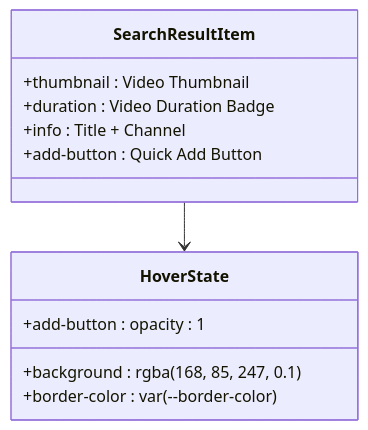
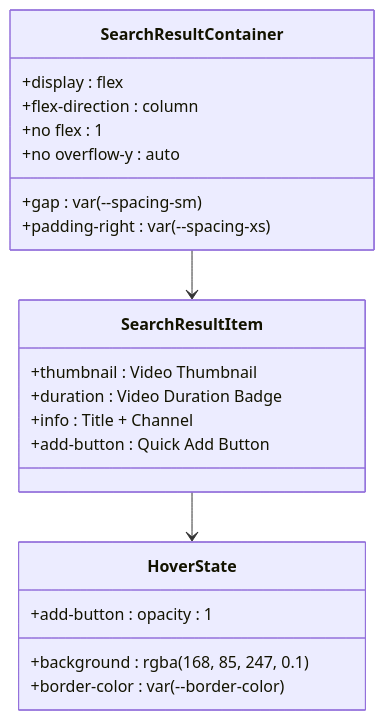
The sixth of 11 diagrams in .qoder/repowiki/en/content/Frontend Application/UI Components and Templates.md (dkoukoul/kpop-random-dance-generator), drawn with Mermaid before and after one commit. The commit also changed other lines of this file and 5 other files, not shown here.

````diff
--- a/.qoder/repowiki/en/content/Frontend Application/UI Components and Templates.md
+++ b/.qoder/repowiki/en/content/Frontend Application/UI Components and Templates.md
@@ -247,15 +256,24 @@
 ```mermaid
 classDiagram
+class SearchResultContainer {
++display : flex
++flex-direction : column
++gap : var(--spacing-sm)
++padding-right : var(--spacing-xs)
++no flex : 1
++no overflow-y : auto
+}
 class SearchResultItem {
 +thumbnail : Video Thumbnail
 +duration : Video Duration Badge
 +info : Title + Channel
 +add-button : Quick Add Button
 }
 class HoverState {
 +background : rgba(168, 85, 247, 0.1)
 +border-color : var(--border-color)
 +add-button : opacity : 1
 }
+SearchResultContainer --> SearchResultItem
 SearchResultItem --> HoverState
 ```
````
